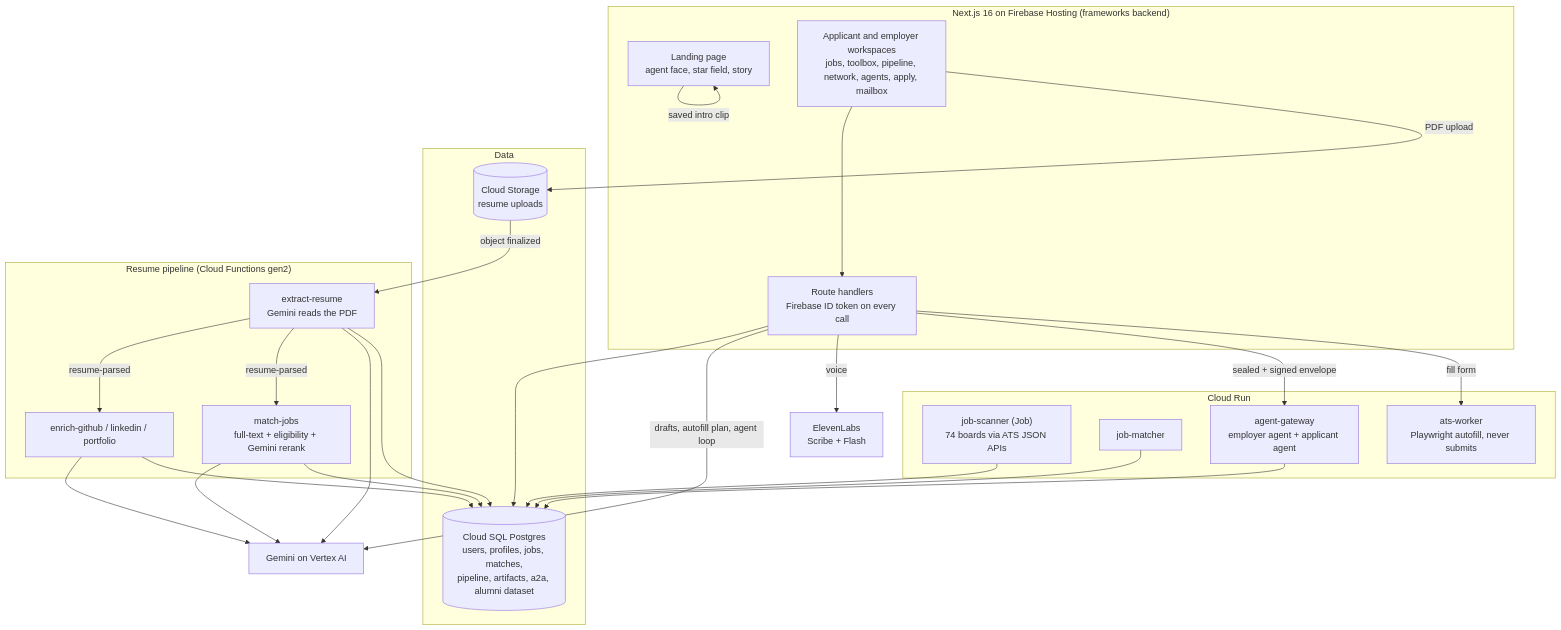
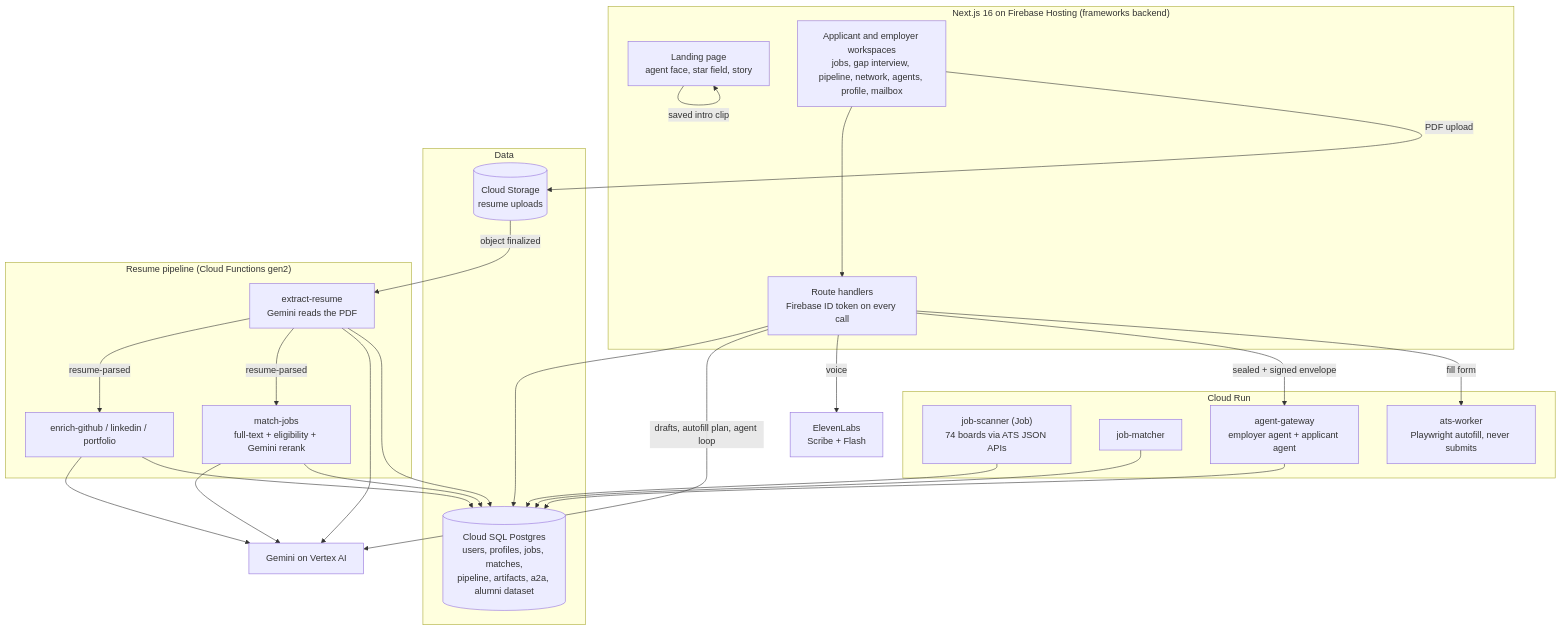
One commit to nidhipoojari/UMBCHACK changed the diagram in README.md. Above: the diagram before and after it, drawn with Mermaid. The commit also changed other lines of this file, not shown here.

````diff
--- a/README.md
+++ b/README.md
@@ -149,46 +150,46 @@
 ```mermaid
 flowchart TD
     subgraph web["Next.js 16 on Firebase Hosting (frameworks backend)"]
         LP["Landing page<br/>agent face, star field, story"]
-        WS["Applicant and employer workspaces<br/>jobs, toolbox, pipeline, network, agents, apply, mailbox"]
+        WS["Applicant and employer workspaces<br/>jobs, gap interview, pipeline, network, agents, profile, mailbox"]
         API["Route handlers<br/>Firebase ID token on every call"]
     end
     subgraph data["Data"]
         SQL[("Cloud SQL Postgres<br/>users, profiles, jobs, matches,<br/>pipeline, artifacts, a2a, alumni dataset")]
         GCS[("Cloud Storage<br/>resume uploads")]
     end
     subgraph pipeline["Resume pipeline (Cloud Functions gen2)"]
         EX["extract-resume<br/>Gemini reads the PDF"]
         EN["enrich-github / linkedin / portfolio"]
         MJ["match-jobs<br/>full-text + eligibility + Gemini rerank"]
     end
     subgraph run["Cloud Run"]
         SC["job-scanner (Job)<br/>74 boards via ATS JSON APIs"]
         JM["job-matcher"]
         GW["agent-gateway<br/>employer agent + applicant agent"]
         AW["ats-worker<br/>Playwright autofill, never submits"]
     end
     GEM["Gemini on Vertex AI"]
     EL["ElevenLabs<br/>Scribe + Flash"]
 
     WS --> API
     LP -->|saved intro clip| LP
     API --> SQL
     WS -->|PDF upload| GCS
     GCS -->|object finalized| EX
     EX -->|resume-parsed| EN
     EX -->|resume-parsed| MJ
     EX --> GEM
     EN --> GEM
     MJ --> GEM
     EX --> SQL
     EN --> SQL
     MJ --> SQL
     SC --> SQL
     JM --> SQL
     API -->|drafts, autofill plan, agent loop| GEM
     API -->|voice| EL
     API -->|sealed + signed envelope| GW
     API -->|fill form| AW
     GW --> SQL
 ```
````
